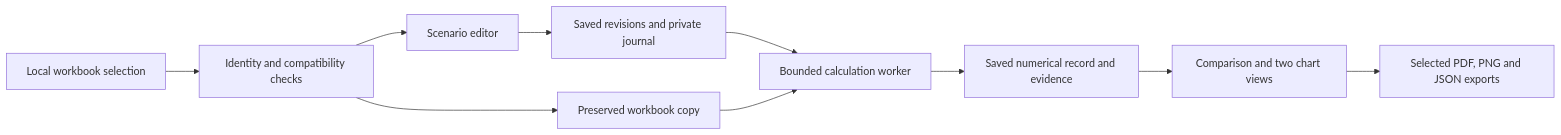
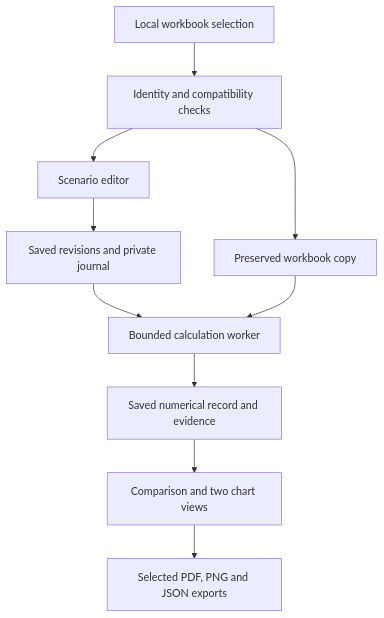
Before and after one commit to Teal-Insights/lic-dsf-scenario-tool: the diagram in docs/architecture.md, drawn with Mermaid. The commit also changed other lines of this file and 35 other files, not shown here.

````diff
--- a/docs/architecture.md
+++ b/docs/architecture.md
@@ -5,12 +5,12 @@
 ```mermaid
-flowchart LR
+flowchart TD
     U[Local workbook selection] --> I[Identity and compatibility checks]
     I --> W[Preserved workbook copy]
     I --> E[Scenario editor]
     E --> S[Saved revisions and private journal]
     S --> C[Bounded calculation worker]
     W --> C
     C --> R[Saved numerical record and evidence]
     R --> V[Comparison and two chart views]
     V --> X[Selected PDF, PNG and JSON exports]
 ```
````
